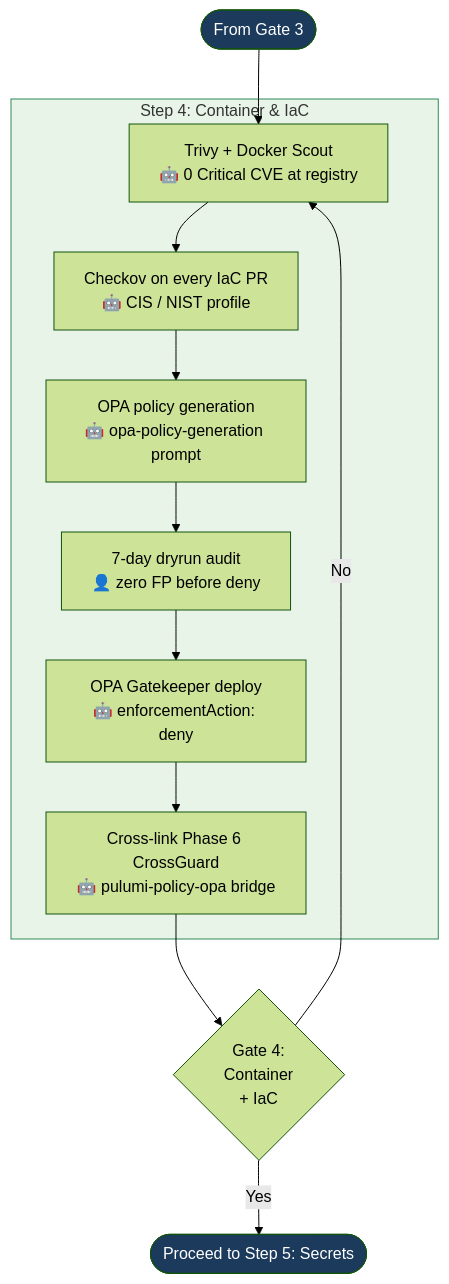
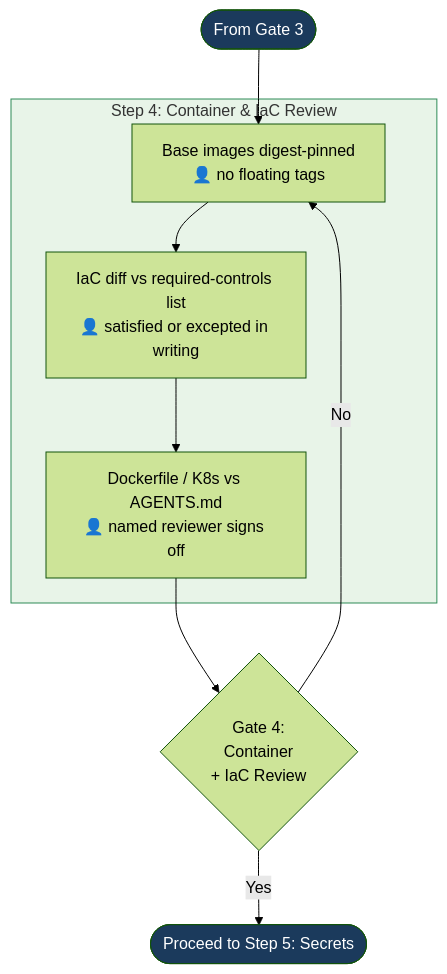
Before and after one commit to kalpat-allion/ai-dlc: the sixth of 9 diagrams in aidlc-phases/05-security/FLOWCHART.md, drawn with Mermaid (forest theme). The commit also changed other lines of this file and 39 other files, not shown here.

````diff
--- a/aidlc-phases/05-security/FLOWCHART.md
+++ b/aidlc-phases/05-security/FLOWCHART.md
@@ -220,21 +210,18 @@
 ```mermaid
 flowchart TD
-    ENTRY([From Gate 3]) --> CONTAINER
+    ENTRY([From Gate 3]) --> IMG
 
-    subgraph CONTAINER_STEP["Step 4: Container & IaC"]
-        CONTAINER[Trivy + Docker Scout<br/>🤖 0 Critical CVE at registry] --> CHECKOV
-        CHECKOV[Checkov on every IaC PR<br/>🤖 CIS / NIST profile] --> OPA_GEN
-        OPA_GEN[OPA policy generation<br/>🤖 opa-policy-generation prompt] --> DRYRUN
-        DRYRUN[7-day dryrun audit<br/>👤 zero FP before deny]
-        DRYRUN --> GATEKEEPER["OPA Gatekeeper deploy<br/>🤖 enforcementAction: deny"]
-        GATEKEEPER --> CROSSGUARD[Cross-link Phase 6 CrossGuard<br/>🤖 pulumi-policy-opa bridge]
+    subgraph CONTAINER_STEP["Step 4: Container & IaC Review"]
+        IMG[Base images digest-pinned<br/>👤 no floating tags] --> CONTROLS
+        CONTROLS[IaC diff vs required-controls list<br/>👤 satisfied or excepted in writing] --> CONV_CHK
+        CONV_CHK[Dockerfile / K8s vs AGENTS.md<br/>👤 named reviewer signs off]
     end
 
-    CROSSGUARD --> GATE4{Gate 4:<br/>Container<br/>+ IaC}
-    GATE4 -- No --> CONTAINER
+    CONV_CHK --> GATE4{Gate 4:<br/>Container<br/>+ IaC Review}
+    GATE4 -- No --> IMG
     GATE4 -- Yes --> NEXT([Proceed to Step 5: Secrets])
 
     style ENTRY fill:#1B3A5C,color:#fff
     style NEXT fill:#1B3A5C,color:#fff
     style CONTAINER_STEP fill:#e8f4e8,stroke:#2E8B57
 ```
````
